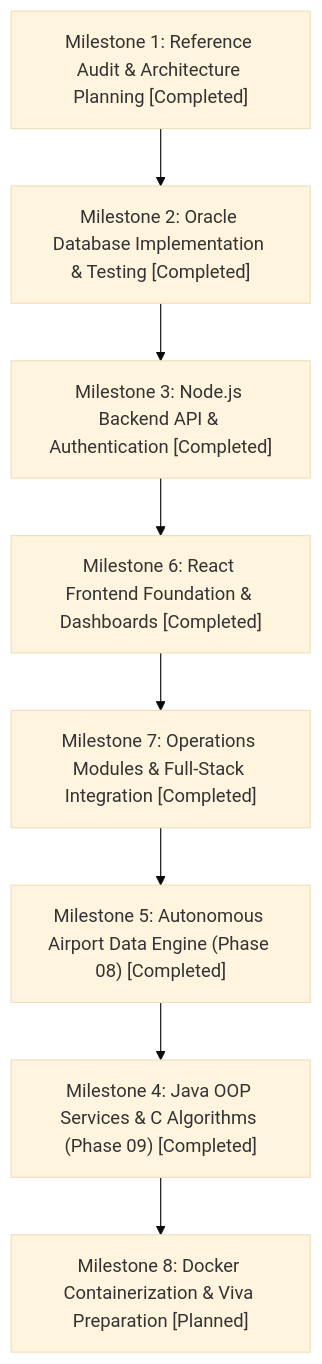
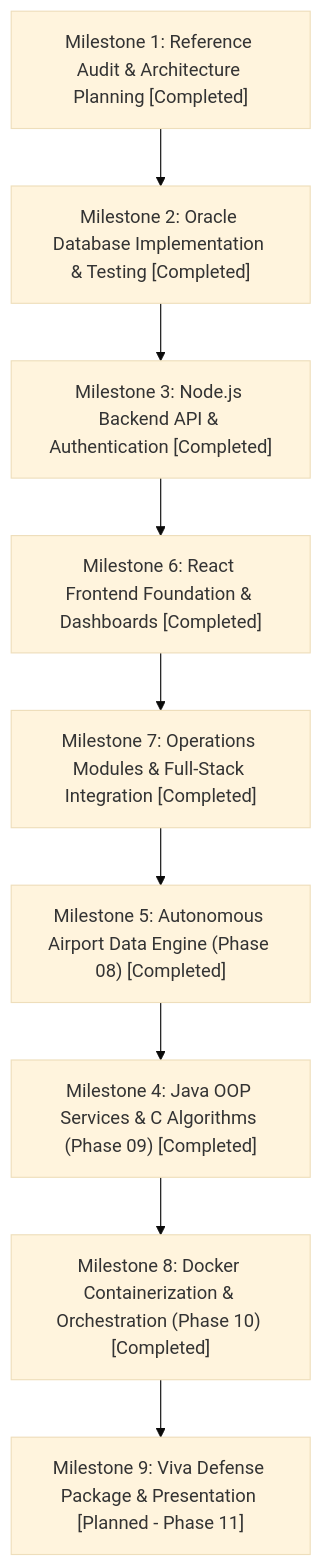
The diagram in docs/DEVELOPMENT_ROADMAP.md (Saravana65/Airport-Management-System), drawn with Mermaid (base theme) before and after one commit. The commit also changed other lines of this file and 24 other files, not shown here.

````diff
--- a/docs/DEVELOPMENT_ROADMAP.md
+++ b/docs/DEVELOPMENT_ROADMAP.md
@@ -13,19 +13,21 @@
 ```mermaid
 flowchart TD
     M1["Milestone 1: Reference Audit & Architecture Planning [Completed]"]
     M2["Milestone 2: Oracle Database Implementation & Testing [Completed]"]
     M3["Milestone 3: Node.js Backend API & Authentication [Completed]"]
     M4["Milestone 4: Java OOP Services & C Algorithms (Phase 09) [Completed]"]
     M5["Milestone 5: Autonomous Airport Data Engine (Phase 08) [Completed]"]
     M6["Milestone 6: React Frontend Foundation & Dashboards [Completed]"]
     M7["Milestone 7: Operations Modules & Full-Stack Integration [Completed]"]
-    M8["Milestone 8: Docker Containerization & Viva Preparation [Planned]"]
+    M8["Milestone 8: Docker Containerization & Orchestration (Phase 10) [Completed]"]
+    M9["Milestone 9: Viva Defense Package & Presentation [Planned - Phase 11]"]
 
     M1 --> M2
     M2 --> M3
     M3 --> M6
     M6 --> M7
     M7 --> M5
     M5 --> M4
     M4 --> M8
+    M8 --> M9
 ```
````
